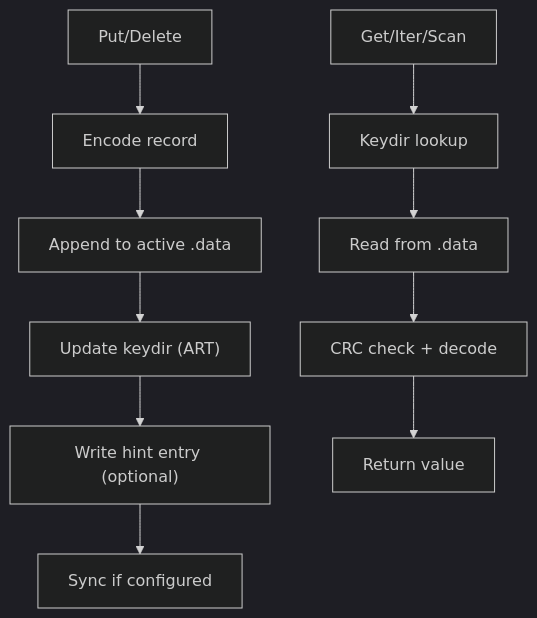
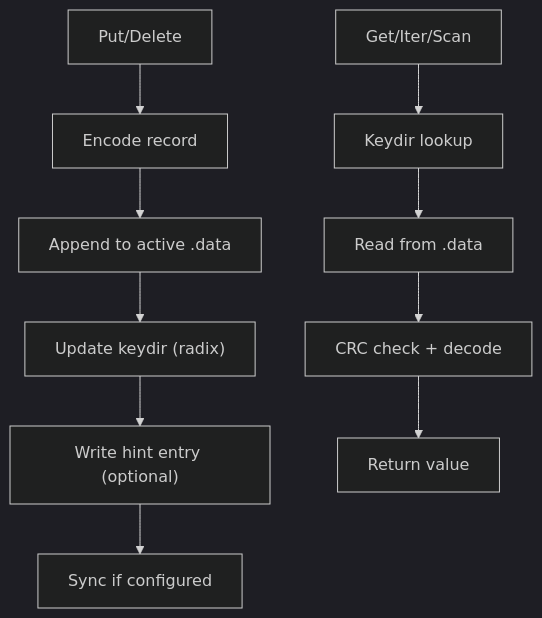
One commit to AfshinJalili/bitgask changed the first of 2 diagrams in docs/Architecture.md. Above: the diagram before and after it, drawn with Mermaid (dark theme). The commit also changed other lines of this file and 17 other files, not shown here.

````diff
--- a/docs/Architecture.md
+++ b/docs/Architecture.md
@@ -43,13 +43,13 @@
 ```mermaid
 flowchart TD
   A["Put/Delete"] --> B["Encode record"]
   B --> C["Append to active .data"]
-  C --> D["Update keydir (ART)"]
+  C --> D["Update keydir (radix)"]
   D --> E["Write hint entry (optional)"]
   E --> F["Sync if configured"]
 
   G["Get/Iter/Scan"] --> H["Keydir lookup"]
   H --> I["Read from .data"]
   I --> J["CRC check + decode"]
   J --> K["Return value"]
 ```
````
